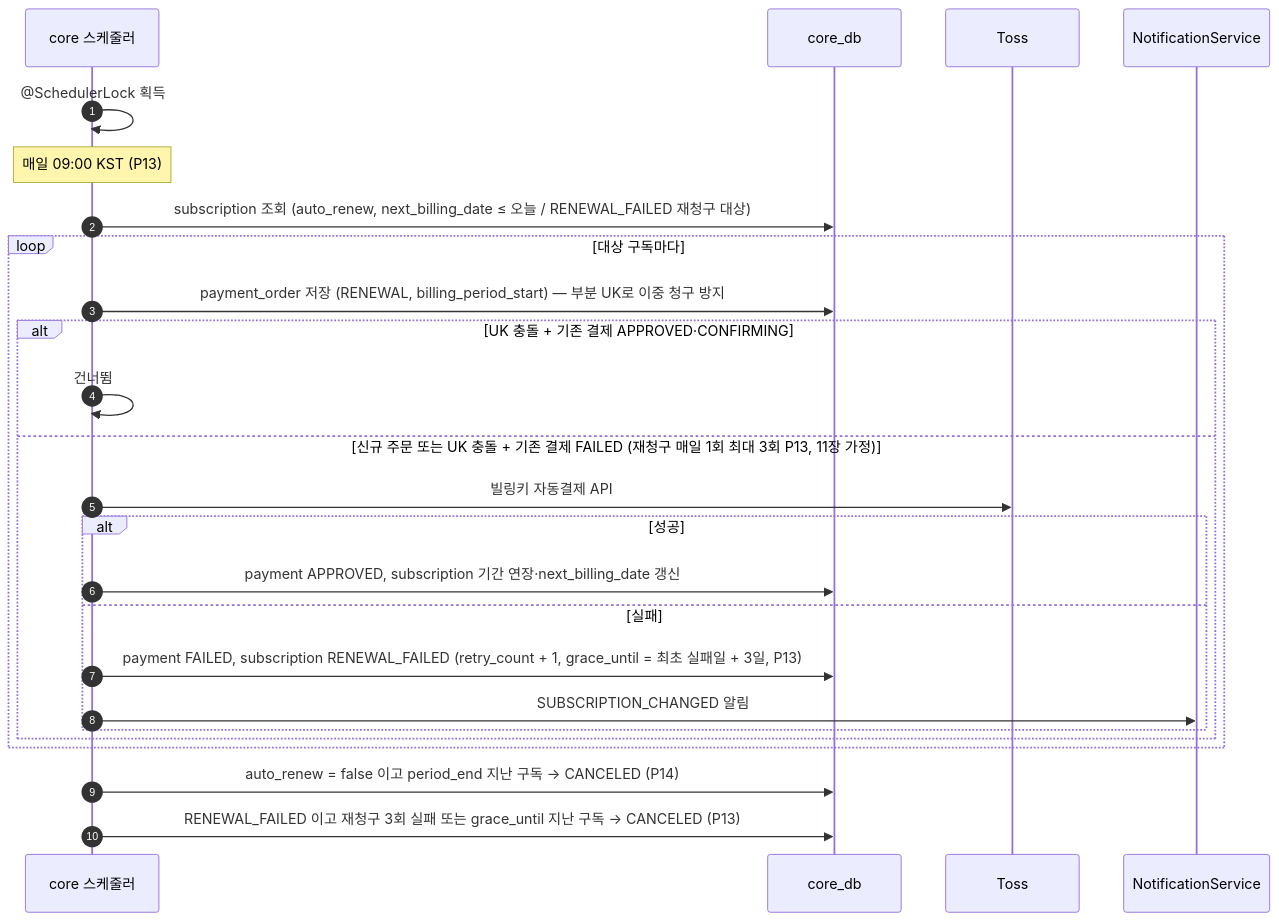
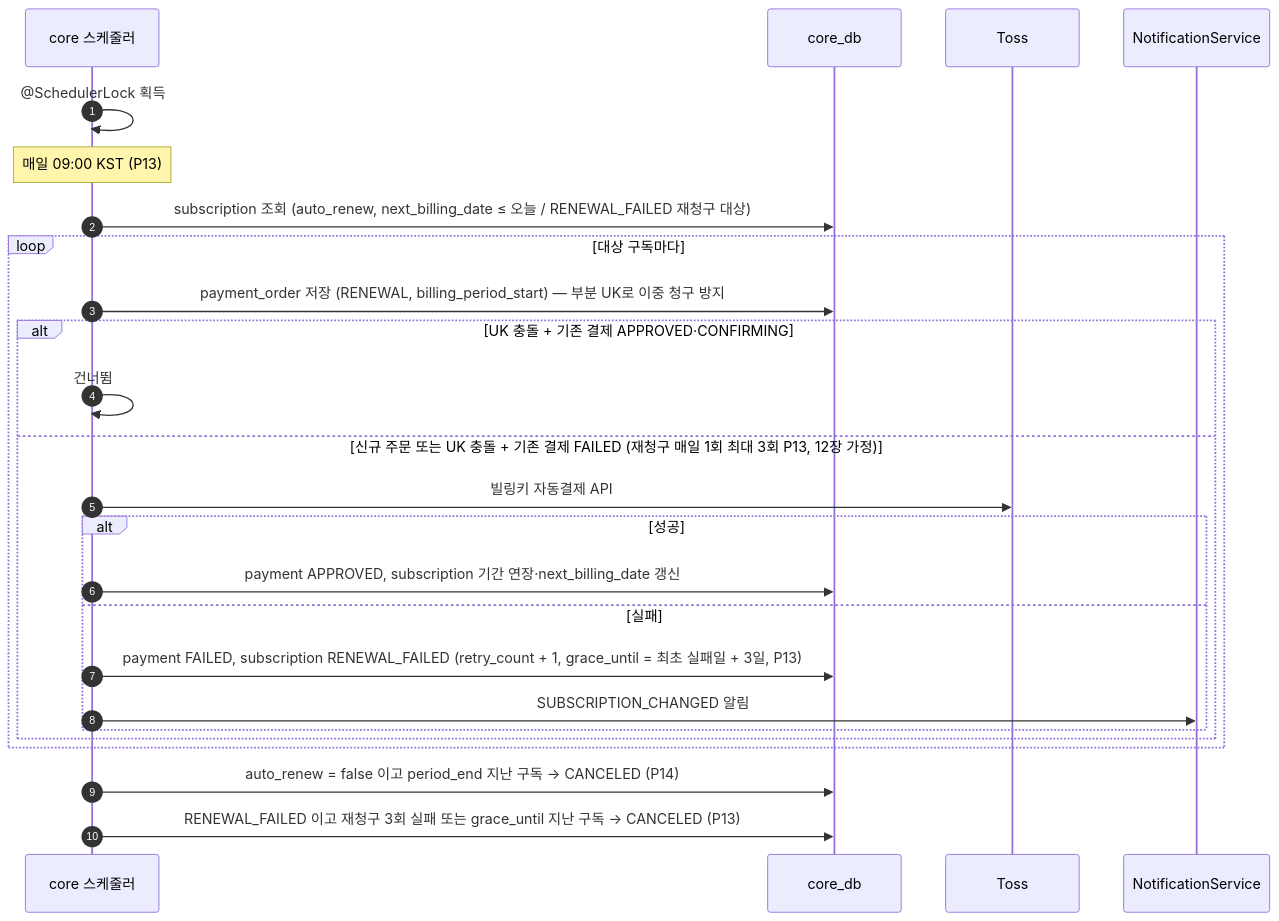
Before and after one commit to SKNETWORKS-FAMILY-AICAMP/SKN34-FINAL-3TEAM: diagram 30 of 36 in docs/design/sequence-diagram.md, drawn with Mermaid. The commit also changed 6 other files, not shown here.

````diff
--- a/docs/design/sequence-diagram.md
+++ b/docs/design/sequence-diagram.md
@@ -1266,28 +1266,28 @@
 ```mermaid
 sequenceDiagram
   autonumber
   participant SCH as core 스케줄러
   participant DB as core_db
   participant T as Toss
   participant N as NotificationService
 
   SCH->>SCH: @SchedulerLock 획득
   Note over SCH: 매일 09:00 KST (P13)
   SCH->>DB: subscription 조회 (auto_renew, next_billing_date ≤ 오늘 / RENEWAL_FAILED 재청구 대상)
   loop 대상 구독마다
     SCH->>DB: payment_order 저장 (RENEWAL, billing_period_start) — 부분 UK로 이중 청구 방지
     alt UK 충돌 + 기존 결제 APPROVED·CONFIRMING
       SCH->>SCH: 건너뜀
-    else 신규 주문 또는 UK 충돌 + 기존 결제 FAILED (재청구 매일 1회 최대 3회 P13, 11장 가정)
+    else 신규 주문 또는 UK 충돌 + 기존 결제 FAILED (재청구 매일 1회 최대 3회 P13, 12장 가정)
       SCH->>T: 빌링키 자동결제 API
       alt 성공
         SCH->>DB: payment APPROVED, subscription 기간 연장·next_billing_date 갱신
       else 실패
         SCH->>DB: payment FAILED, subscription RENEWAL_FAILED (retry_count + 1, grace_until = 최초 실패일 + 3일, P13)
         SCH->>N: SUBSCRIPTION_CHANGED 알림
       end
     end
   end
   SCH->>DB: auto_renew = false 이고 period_end 지난 구독 → CANCELED (P14)
   SCH->>DB: RENEWAL_FAILED 이고 재청구 3회 실패 또는 grace_until 지난 구독 → CANCELED (P13)
 ```
````
